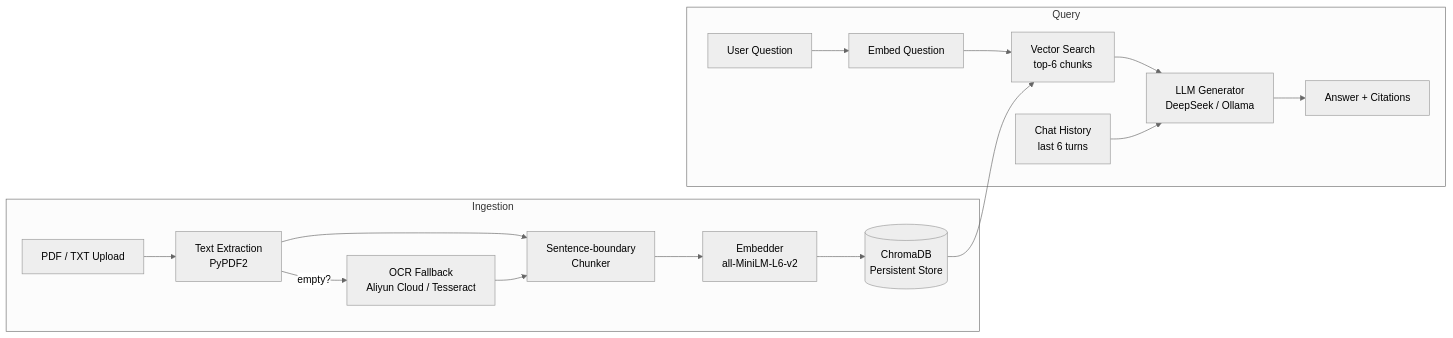
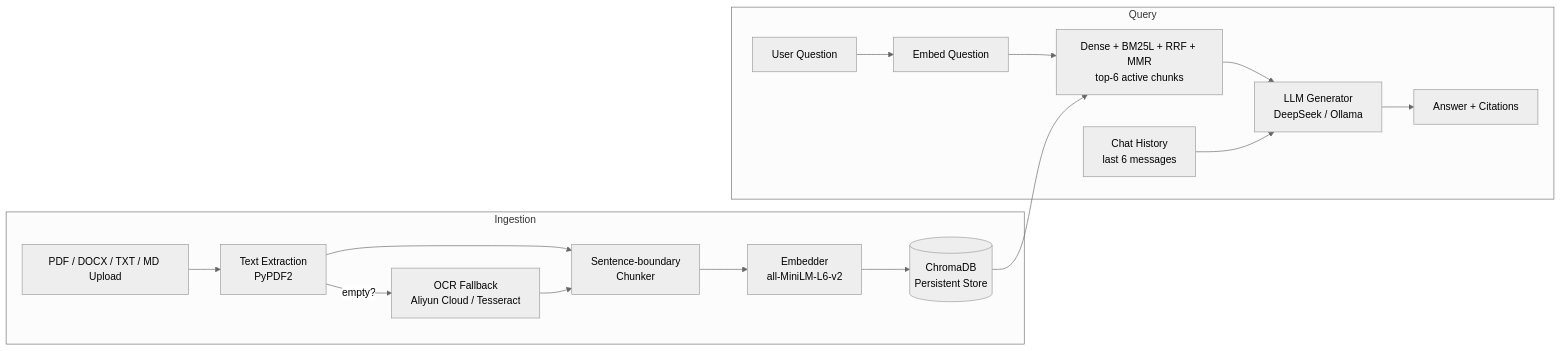
Before and after one commit to ZhenWei-Shi/rag-demo: the diagram in README.md, drawn with Mermaid (neutral theme). The commit also changed other lines of this file and 24 other files, not shown here.

````diff
--- a/README.md
+++ b/README.md
@@ -20,20 +32,20 @@
 ```mermaid
 flowchart LR
     subgraph Ingestion
-        A[PDF / TXT Upload] --> B[Text Extraction\nPyPDF2]
+        A[PDF / DOCX / TXT / MD Upload] --> B[Text Extraction\nPyPDF2]
         B -->|empty?| C[OCR Fallback\nAliyun Cloud / Tesseract]
         B --> D[Sentence-boundary\nChunker]
         C --> D
         D --> E[Embedder\nall-MiniLM-L6-v2]
         E --> F[(ChromaDB\nPersistent Store)]
     end
 
     subgraph Query
         G[User Question] --> H[Embed Question]
-        H --> I[Vector Search\ntop-6 chunks]
+        H --> I[Dense + BM25L + RRF + MMR\ntop-6 active chunks]
         F --> I
         I --> J[LLM Generator\nDeepSeek / Ollama]
-        K[Chat History\nlast 6 turns] --> J
+        K[Chat History\nlast 6 messages] --> J
         J --> L[Answer + Citations]
     end
 ```
````
